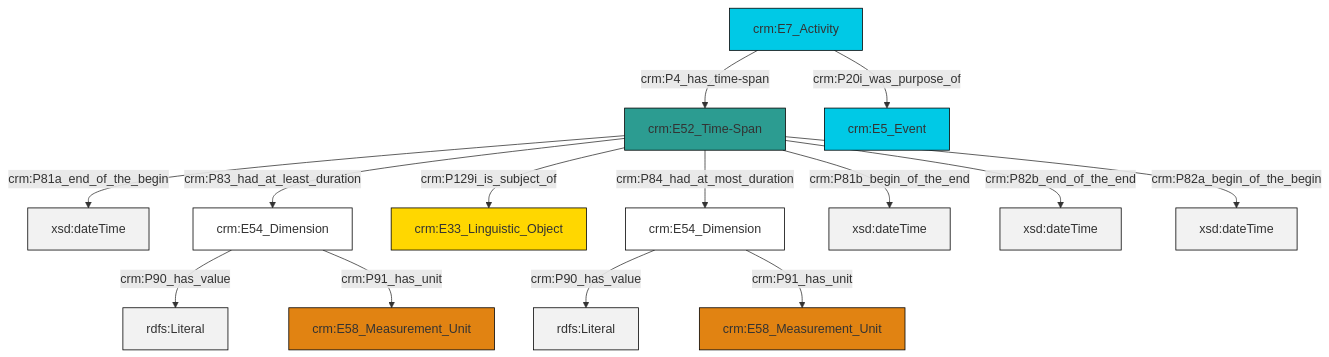
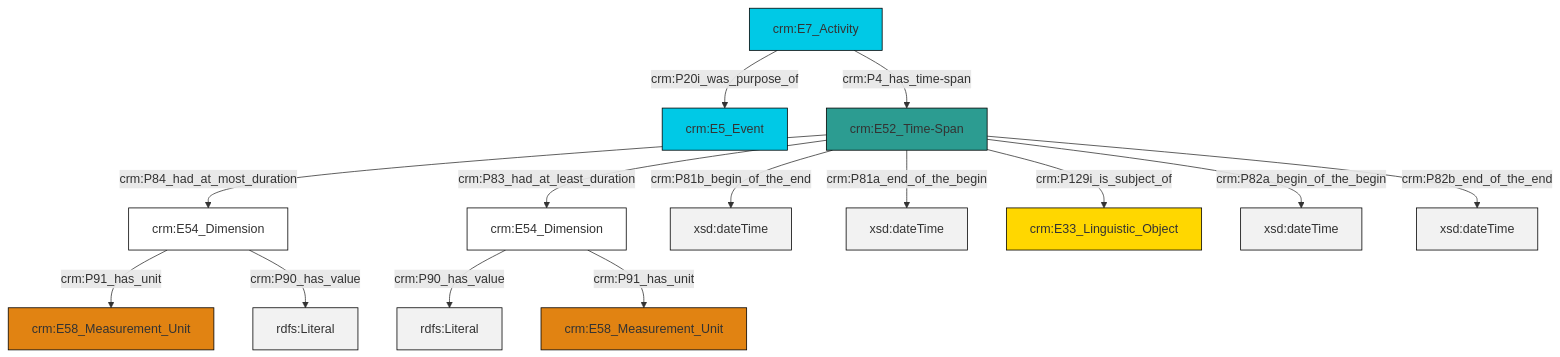
Before and after one commit to swiss-art-research-net/reference-data-models: the diagram in et/eventCSV/ttl/mmd/event_existence.ttl.mmd, drawn with Mermaid. The commit also changed 151 other files, not shown here.

```diff
--- a/et/eventCSV/ttl/mmd/event_existence.ttl.mmd
+++ b/et/eventCSV/ttl/mmd/event_existence.ttl.mmd
@@ -1,28 +1,28 @@
 graph TD
 classDef Literal fill:#f2f2f2,stroke:#000000;
 classDef CRM_Entity fill:#FFFFFF,stroke:#000000;
 classDef Temporal_Entity fill:#00C9E6, stroke:#000000;
 classDef Type fill:#E18312, stroke:#000000;
 classDef Time-Span fill:#2C9C91, stroke:#000000;
 classDef Appellation fill:#FFEB7F, stroke:#000000;
 classDef Place fill:#008836, stroke:#000000;
 classDef Persistent_Item fill:#B266B2, stroke:#000000;
 classDef Conceptual_Object fill:#FFD700, stroke:#000000;
 classDef Physical_Thing fill:#D2B48C, stroke:#000000;
 classDef Actor fill:#f58aad, stroke:#000000;
 classDef PC_Classes fill:#4ce600, stroke:#000000;
 classDef Multi fill:#cccccc,stroke:#000000;
 
-4["crm:E52_Time-Span"]:::Time-Span -->|crm:P81a_end_of_the_begin| 5[xsd:dateTime]:::Literal
-6["crm:E54_Dimension"]:::CRM_Entity -->|crm:P90_has_value| 7[rdfs:Literal]:::Literal
-4["crm:E52_Time-Span"]:::Time-Span -->|crm:P129i_is_subject_of| 8["crm:E33_Linguistic_Object"]:::Conceptual_Object
-4["crm:E52_Time-Span"]:::Time-Span -->|crm:P83_had_at_least_duration| 9["crm:E54_Dimension"]:::CRM_Entity
-6["crm:E54_Dimension"]:::CRM_Entity -->|crm:P91_has_unit| 2["crm:E58_Measurement_Unit"]:::Type
-11["crm:E7_Activity"]:::Temporal_Entity -->|crm:P4_has_time-span| 4["crm:E52_Time-Span"]:::Time-Span
-11["crm:E7_Activity"]:::Temporal_Entity -->|crm:P20i_was_purpose_of| 14["crm:E5_Event"]:::Temporal_Entity
-9["crm:E54_Dimension"]:::CRM_Entity -->|crm:P90_has_value| 15[rdfs:Literal]:::Literal
-4["crm:E52_Time-Span"]:::Time-Span -->|crm:P81b_begin_of_the_end| 16[xsd:dateTime]:::Literal
-9["crm:E54_Dimension"]:::CRM_Entity -->|crm:P91_has_unit| 0["crm:E58_Measurement_Unit"]:::Type
-4["crm:E52_Time-Span"]:::Time-Span -->|crm:P82b_end_of_the_end| 19[xsd:dateTime]:::Literal
-4["crm:E52_Time-Span"]:::Time-Span -->|crm:P84_had_at_most_duration| 6["crm:E54_Dimension"]:::CRM_Entity
-4["crm:E52_Time-Span"]:::Time-Span -->|crm:P82a_begin_of_the_begin| 21[xsd:dateTime]:::Literal
+0["crm:E7_Activity"]:::Temporal_Entity -->|crm:P20i_was_purpose_of| 1["crm:E5_Event"]:::Temporal_Entity
+2["crm:E54_Dimension"]:::CRM_Entity -->|crm:P91_has_unit| 4["crm:E58_Measurement_Unit"]:::Type
+0["crm:E7_Activity"]:::Temporal_Entity -->|crm:P4_has_time-span| 5["crm:E52_Time-Span"]:::Time-Span
+5["crm:E52_Time-Span"]:::Time-Span -->|crm:P81b_begin_of_the_end| 11[xsd:dateTime]:::Literal
+2["crm:E54_Dimension"]:::CRM_Entity -->|crm:P90_has_value| 12[rdfs:Literal]:::Literal
+5["crm:E52_Time-Span"]:::Time-Span -->|crm:P84_had_at_most_duration| 2["crm:E54_Dimension"]:::CRM_Entity
+6["crm:E54_Dimension"]:::CRM_Entity -->|crm:P90_has_value| 16[rdfs:Literal]:::Literal
+5["crm:E52_Time-Span"]:::Time-Span -->|crm:P83_had_at_least_duration| 6["crm:E54_Dimension"]:::CRM_Entity
+5["crm:E52_Time-Span"]:::Time-Span -->|crm:P81a_end_of_the_begin| 17[xsd:dateTime]:::Literal
+5["crm:E52_Time-Span"]:::Time-Span -->|crm:P129i_is_subject_of| 18["crm:E33_Linguistic_Object"]:::Conceptual_Object
+6["crm:E54_Dimension"]:::CRM_Entity -->|crm:P91_has_unit| 9["crm:E58_Measurement_Unit"]:::Type
+5["crm:E52_Time-Span"]:::Time-Span -->|crm:P82a_begin_of_the_begin| 20[xsd:dateTime]:::Literal
+5["crm:E52_Time-Span"]:::Time-Span -->|crm:P82b_end_of_the_end| 21[xsd:dateTime]:::Literal
```
